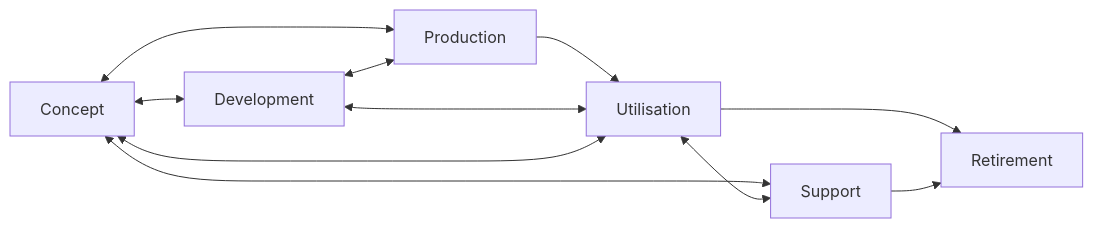
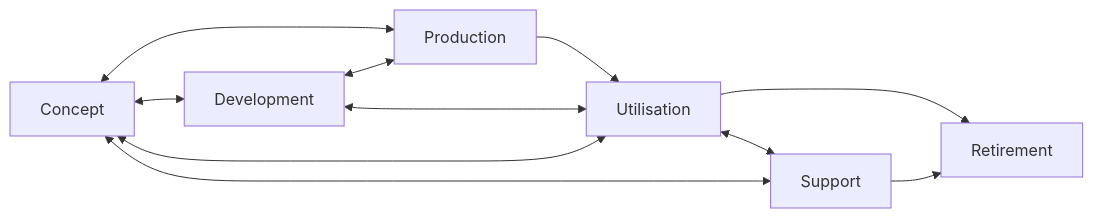
The diagram in notes/03_lifecycle.md (coillarach/SET09102), drawn with Mermaid before and after one commit. The commit also changed other lines of this file, not shown here.

Commit message:
Update to mermaid flowchart to avoid crossing lines

````diff
--- a/notes/03_lifecycle.md
+++ b/notes/03_lifecycle.md
@@ -39,13 +39,13 @@
 ```mermaid
 flowchart LR
     Concept <--> Development
     Concept <--> Production
     Development <--> Production
     Production --> Utilisation
     Development <--> Utilisation
     Concept <--> Utilisation
+    Utilisation <--> Support
     Concept <--> Support
-    Utilisation <--> Support
     Utilisation --> Retirement
     Support --> Retirement
 ```
````
